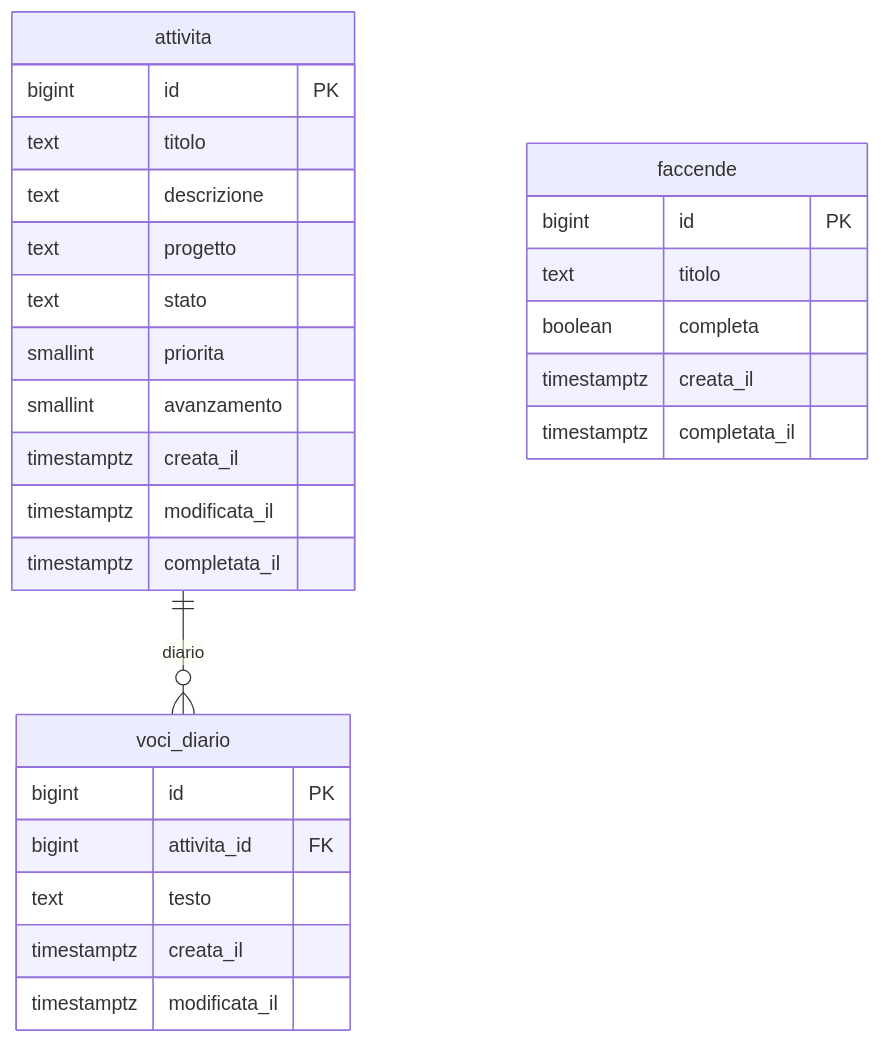
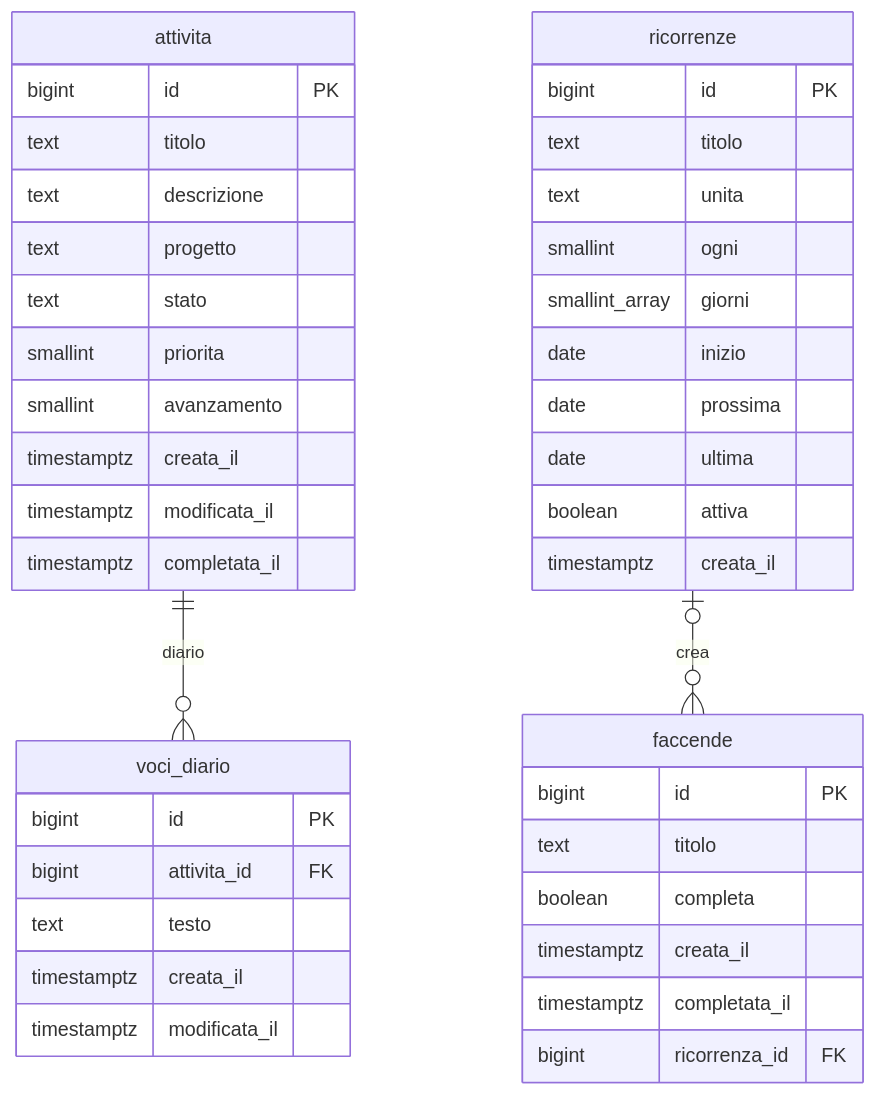
The diagram in doc/04-modello-dati.md (GiacomoGuaresi/Projects), drawn with Mermaid before and after one commit. The commit also changed other lines of this file and 19 other files, not shown here.

````diff
--- a/doc/04-modello-dati.md
+++ b/doc/04-modello-dati.md
@@ -7,30 +7,44 @@
 ```mermaid
 erDiagram
   attivita ||--o{ voci_diario : "diario"
+  ricorrenze |o--o{ faccende : "crea"
+  ricorrenze {
+    bigint id PK
+    text titolo
+    text unita
+    smallint ogni
+    smallint_array giorni
+    date inizio
+    date prossima
+    date ultima
+    boolean attiva
+    timestamptz creata_il
+  }
   faccende {
     bigint id PK
     text titolo
     boolean completa
     timestamptz creata_il
     timestamptz completata_il
+    bigint ricorrenza_id FK
   }
   attivita {
     bigint id PK
     text titolo
     text descrizione
     text progetto
     text stato
     smallint priorita
     smallint avanzamento
     timestamptz creata_il
     timestamptz modificata_il
     timestamptz completata_il
   }
   voci_diario {
     bigint id PK
     bigint attivita_id FK
     text testo
     timestamptz creata_il
     timestamptz modificata_il
   }
 ```
````
